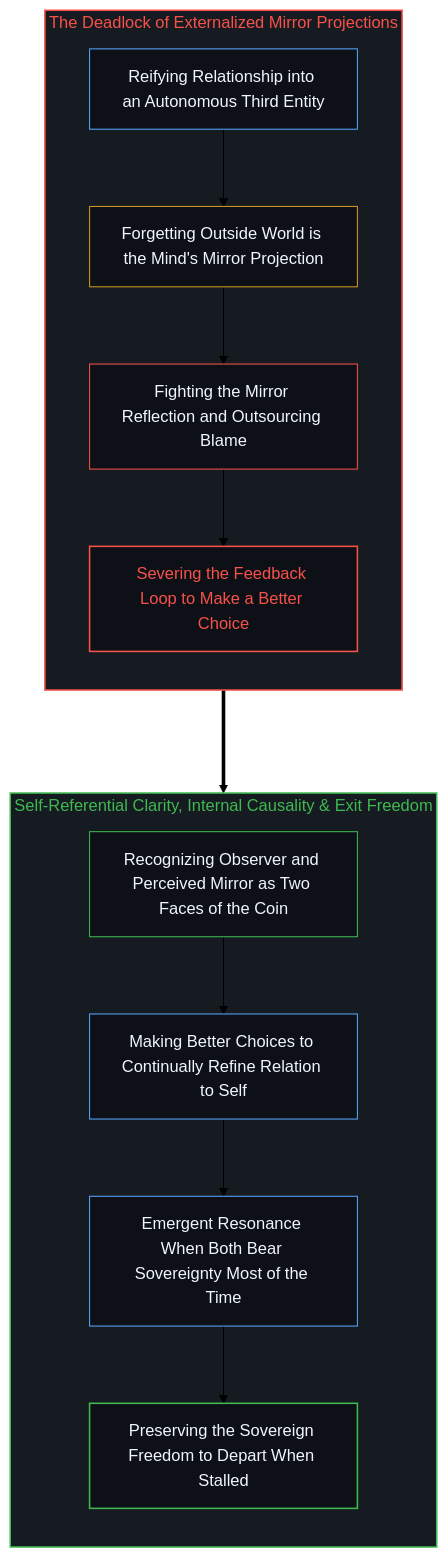
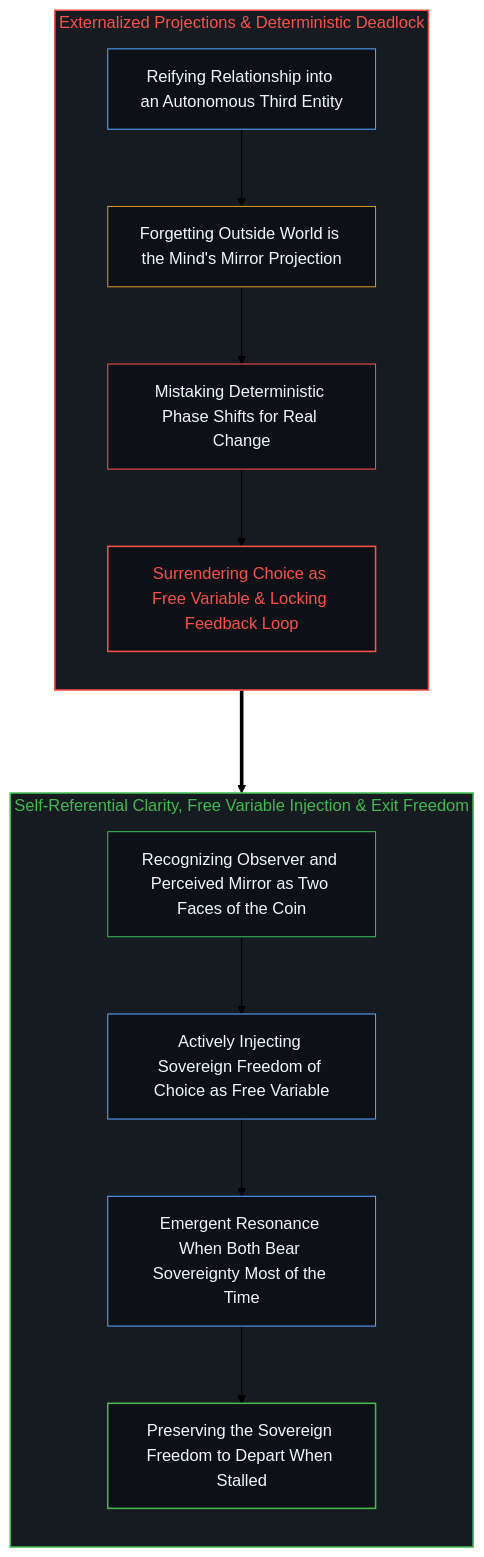
The tenth of 10 diagrams in content/posts/the-causal-inversion-of-partnership.md (powerpig99/not-a-toe), drawn with Mermaid (forest theme) before and after one commit. The commit also changed other lines of this file and 3 other files, not shown here.

Commit message:
Deepen Post #335: Deterministic phase shifts vs. injection of choice as free variable

````diff
--- a/content/posts/the-causal-inversion-of-partnership.md
+++ b/content/posts/the-causal-inversion-of-partnership.md
@@ -341,29 +341,29 @@
 ```mermaid
 graph TD
-    subgraph S_MirrorOutsource_EN ["The Deadlock of Externalized Mirror Projections"]
+    subgraph S_MirrorOutsource_EN ["Externalized Projections & Deterministic Deadlock"]
         direction TB
         OE_Reify["Reifying Relationship into an Autonomous Third Entity"] --> OE_Projection["Forgetting Outside World is the Mind's Mirror Projection"]
-        OE_Projection --> OE_Blame["Fighting the Mirror Reflection and Outsourcing Blame"]
-        OE_Blame --> OE_Cut["Severing the Feedback Loop to Make a Better Choice"]
+        OE_Projection --> OE_PhaseShift["Mistaking Deterministic Phase Shifts for Real Change"]
+        OE_PhaseShift --> OE_Cut["Surrendering Choice as Free Variable & Locking Feedback Loop"]
     end
 
-    subgraph S_SelfReferential_EN ["Self-Referential Clarity, Internal Causality & Exit Freedom"]
+    subgraph S_SelfReferential_EN ["Self-Referential Clarity, Free Variable Injection & Exit Freedom"]
         direction TB
-        SE_Coin["Recognizing Observer and Perceived Mirror as Two Faces of the Coin"] --> SE_Action["Making Better Choices to Continually Refine Relation to Self"]
-        SE_Action --> SE_Emergence["Emergent Resonance When Both Bear Sovereignty Most of the Time"]
+        SE_Coin["Recognizing Observer and Perceived Mirror as Two Faces of the Coin"] --> SE_Inject["Actively Injecting Sovereign Freedom of Choice as Free Variable"]
+        SE_Inject --> SE_Emergence["Emergent Resonance When Both Bear Sovereignty Most of the Time"]
         SE_Emergence --> SE_Freedom["Preserving the Sovereign Freedom to Depart When Stalled"]
     end
 
     OE_Cut ===> SE_Coin
 
     style S_MirrorOutsource_EN fill:#161b22,stroke:#f85149,stroke-width:1.5px,color:#f85149
     style S_SelfReferential_EN fill:#161b22,stroke:#3fb950,stroke-width:1.5px,color:#3fb950
     style OE_Reify fill:#0d1117,stroke:#58a6ff,stroke-width:1px,color:#f0f6fc
     style OE_Projection fill:#0d1117,stroke:#d29922,stroke-width:1px,color:#f0f6fc
-    style OE_Blame fill:#0d1117,stroke:#f85149,stroke-width:1px,color:#f0f6fc
+    style OE_PhaseShift fill:#0d1117,stroke:#f85149,stroke-width:1px,color:#f0f6fc
     style OE_Cut fill:#0d1117,stroke:#f85149,stroke-width:1.5px,color:#f85149
     style SE_Coin fill:#0d1117,stroke:#3fb950,stroke-width:1px,color:#f0f6fc
-    style SE_Action fill:#0d1117,stroke:#58a6ff,stroke-width:1px,color:#f0f6fc
+    style SE_Inject fill:#0d1117,stroke:#58a6ff,stroke-width:1px,color:#f0f6fc
     style SE_Emergence fill:#0d1117,stroke:#58a6ff,stroke-width:1px,color:#f0f6fc
     style SE_Freedom fill:#0d1117,stroke:#3fb950,stroke-width:1.5px,color:#f0f6fc
 ```
````
